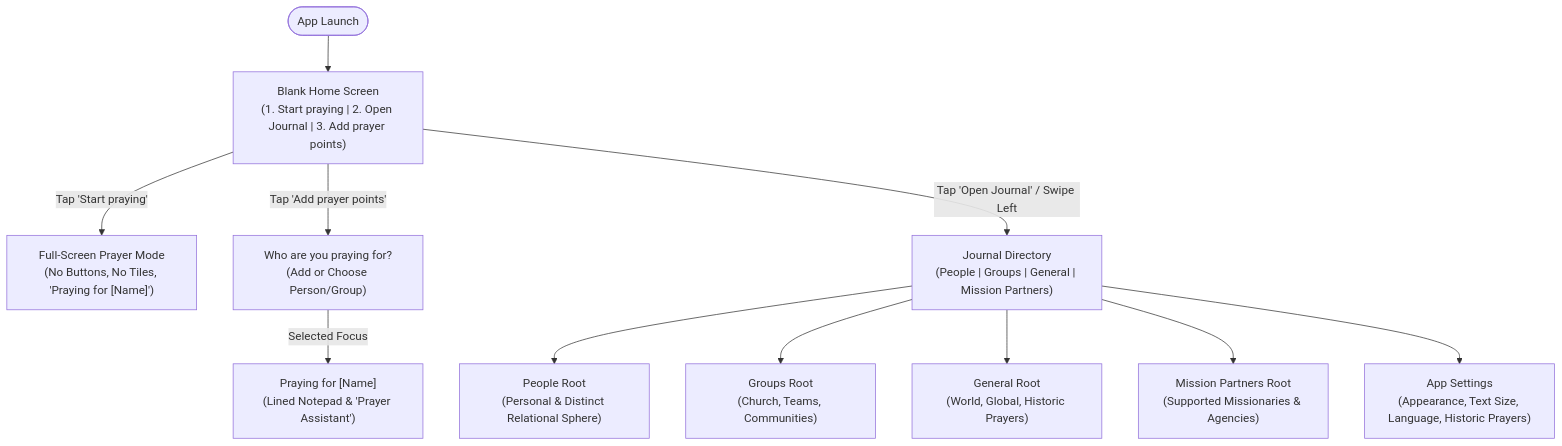
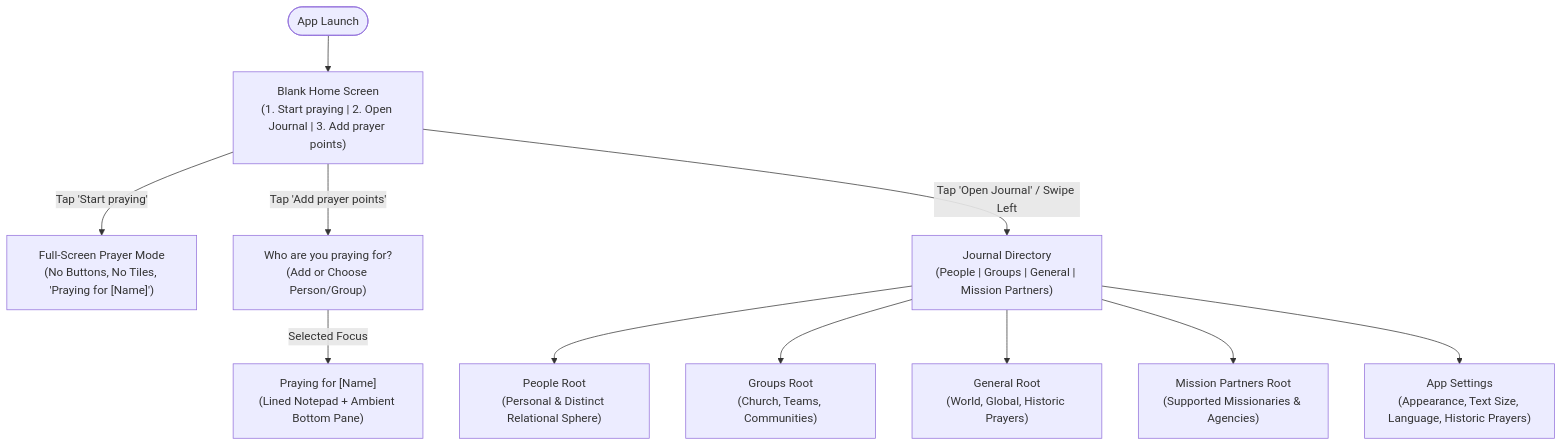
Before and after one commit to iamenianc/Prayer: the first of 3 diagrams in planning/UX.md, drawn with Mermaid. The commit also changed other lines of this file and 5 other files, not shown here.

First line of the commit message:
docs: update specifications for ambient background prayer suggestions paradigm

````diff
--- a/planning/UX.md
+++ b/planning/UX.md
@@ -110,14 +109,14 @@
 ```mermaid
 graph TD
     Launch([App Launch]) --> Home["Blank Home Screen<br/>(1. Start praying | 2. Open Journal | 3. Add prayer points)"]
     Home -->|"Tap 'Start praying'"| PraySession["Full-Screen Prayer Mode<br/>(No Buttons, No Tiles, 'Praying for [Name]')"]
     Home -->|"Tap 'Add prayer points'"| AddStep0["Who are you praying for?<br/>(Add or Choose Person/Group)"]
-    AddStep0 -->|"Selected Focus"| AddStep1["Praying for [Name]<br/>(Lined Notepad & 'Prayer Assistant')"]
+    AddStep0 -->|"Selected Focus"| AddStep1["Praying for [Name]<br/>(Lined Notepad + Ambient Bottom Pane)"]
     Home -->|"Tap 'Open Journal' / Swipe Left"| Journal["Journal Directory<br/>(People | Groups | General | Mission Partners)"]
     
     Journal --> PeopleRoot["People Root<br/>(Personal & Distinct Relational Sphere)"]
     Journal --> GroupsRoot["Groups Root<br/>(Church, Teams, Communities)"]
     Journal --> GeneralRoot["General Root<br/>(World, Global, Historic Prayers)"]
     Journal --> MissionRoot["Mission Partners Root<br/>(Supported Missionaries & Agencies)"]
     Journal --> Settings["App Settings<br/>(Appearance, Text Size, Language, Historic Prayers)"]
 ```
````
